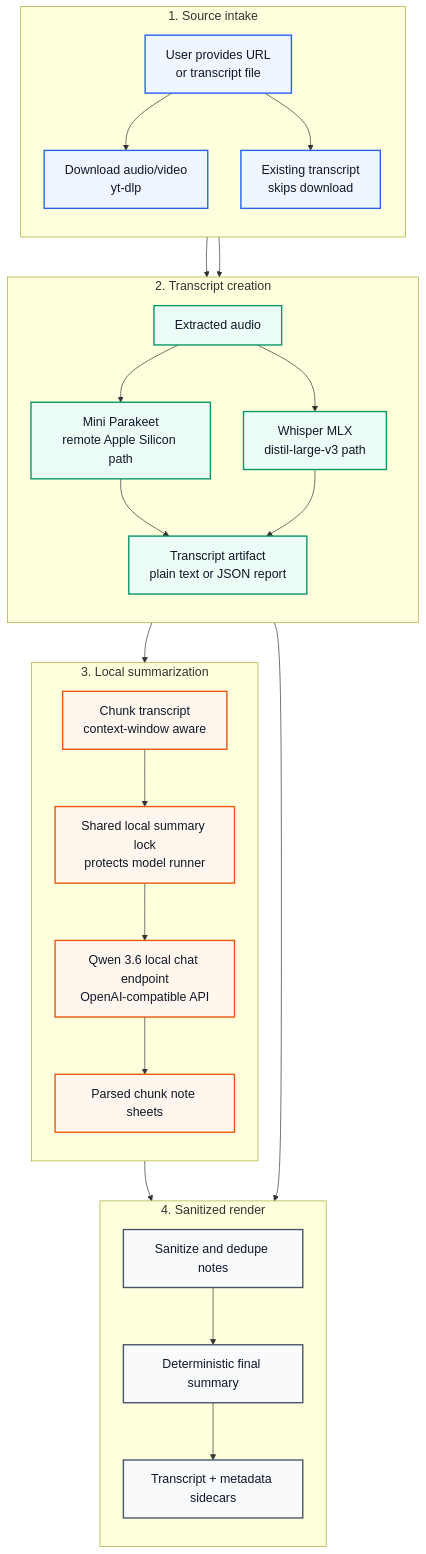
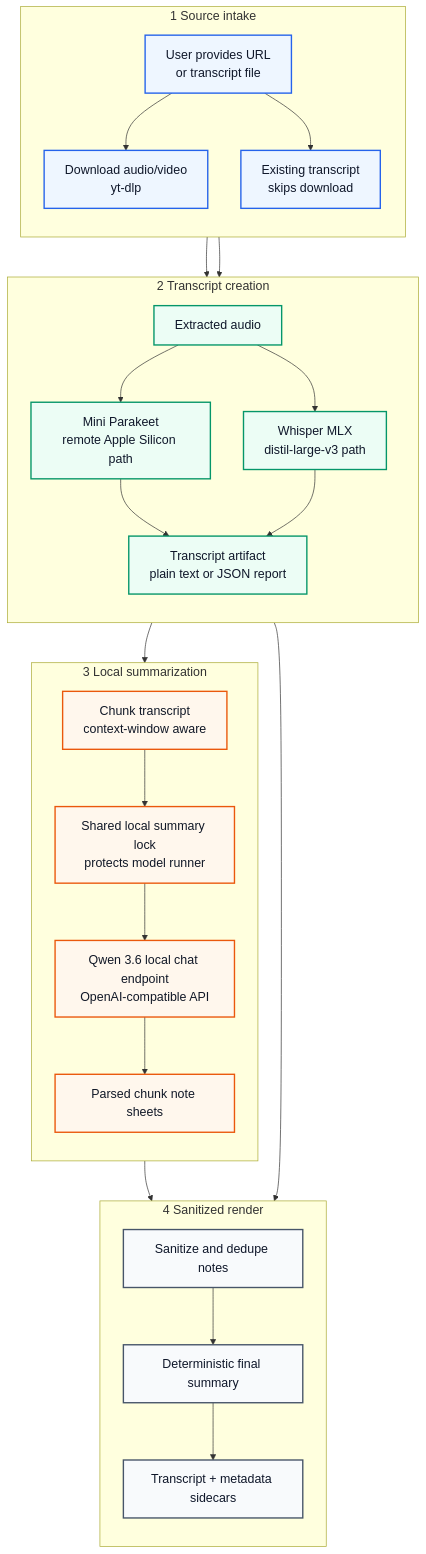
One commit to jbelnick/meeting-intelligence-pipelines changed the diagram in docs/video-summarize.md. Above: the diagram before and after it, drawn with Mermaid. The commit also changed 3 other files, not shown here.

````diff
--- a/docs/video-summarize.md
+++ b/docs/video-summarize.md
@@ -5,52 +5,52 @@
 ```mermaid
 %%{init: {"flowchart": {"curve": "basis", "nodeSpacing": 48, "rankSpacing": 58}, "themeVariables": {"fontSize": "18px", "fontFamily": "Inter, ui-sans-serif, system-ui"}}}%%
 flowchart TB
-    subgraph Source["1. Source intake"]
+    subgraph Source["1 Source intake"]
         direction TB
         Request["User provides URL<br/>or transcript file"]
         Download["Download audio/video<br/>yt-dlp"]
         Existing["Existing transcript<br/>skips download"]
     end
 
-    subgraph Transcript["2. Transcript creation"]
+    subgraph Transcript["2 Transcript creation"]
         direction TB
         Audio["Extracted audio"]
         Mini["Mini Parakeet<br/>remote Apple Silicon path"]
         Whisper["Whisper MLX<br/>distil-large-v3 path"]
         Text["Transcript artifact<br/>plain text or JSON report"]
     end
 
-    subgraph Summary["3. Local summarization"]
+    subgraph Summary["3 Local summarization"]
         direction TB
         Chunk["Chunk transcript<br/>context-window aware"]
         Lock["Shared local summary lock<br/>protects model runner"]
         Model["Qwen 3.6 local chat endpoint<br/>OpenAI-compatible API"]
         Notes["Parsed chunk note sheets"]
     end
 
-    subgraph Render["4. Sanitized render"]
+    subgraph Render["4 Sanitized render"]
         direction TB
         Clean["Sanitize and dedupe notes"]
         Final["Deterministic final summary"]
         Sidecars["Transcript + metadata sidecars"]
     end
 
     Request --> Download --> Audio
     Request --> Existing --> Text
     Audio --> Mini --> Text
     Audio --> Whisper --> Text
     Text --> Chunk --> Lock --> Model --> Notes
     Notes --> Clean --> Final
     Text --> Sidecars
     Final --> Sidecars
 
     classDef source fill:#eef6ff,stroke:#2563eb,stroke-width:2px,color:#0f172a
     classDef transcript fill:#ecfdf5,stroke:#059669,stroke-width:2px,color:#0f172a
     classDef model fill:#fff7ed,stroke:#ea580c,stroke-width:2px,color:#111827
     classDef artifact fill:#f8fafc,stroke:#475569,stroke-width:2px,color:#0f172a
 
     class Request,Download,Existing source
     class Audio,Mini,Whisper,Text transcript
     class Chunk,Lock,Model,Notes model
     class Clean,Final,Sidecars artifact
 ```
````
